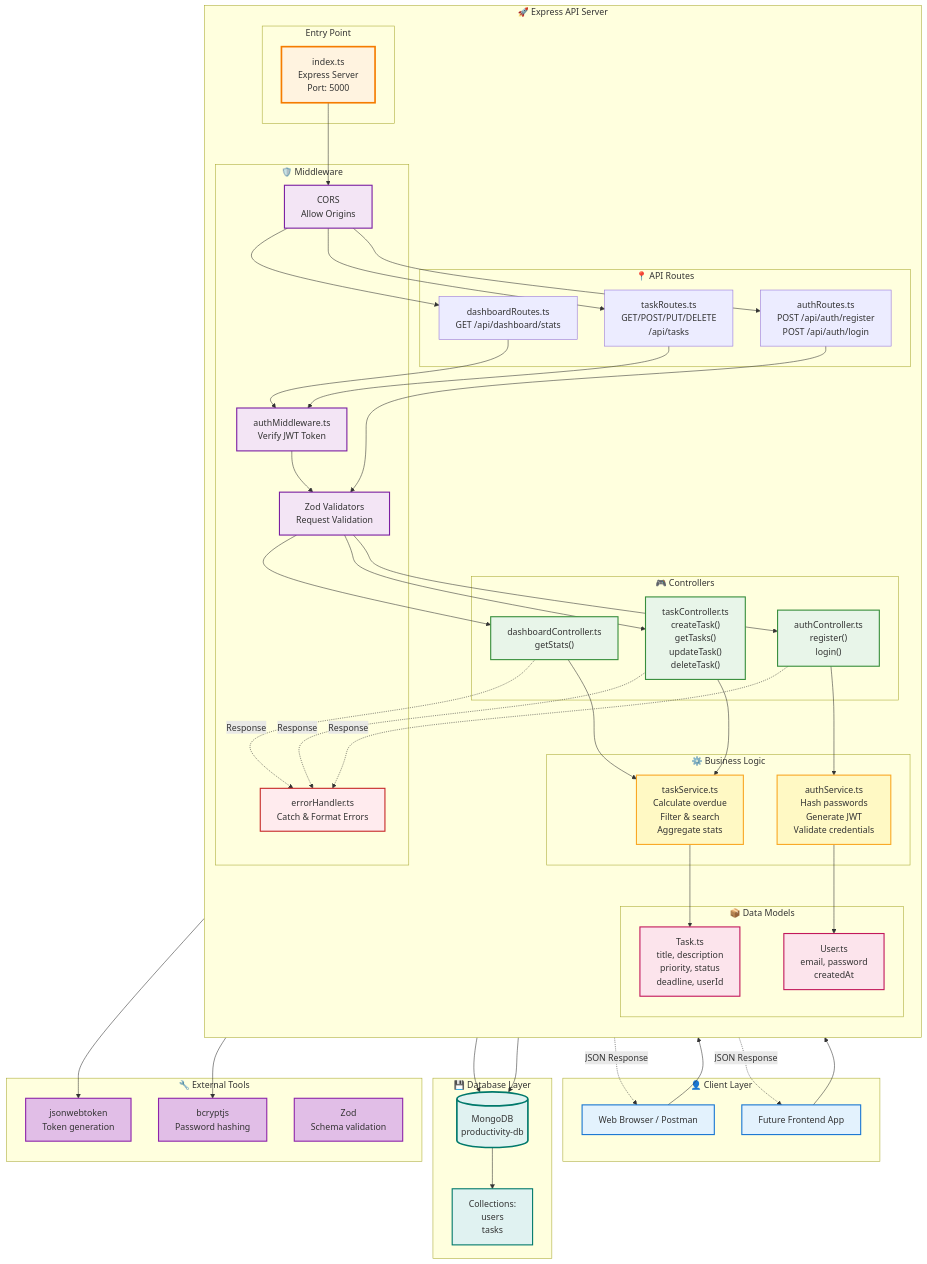
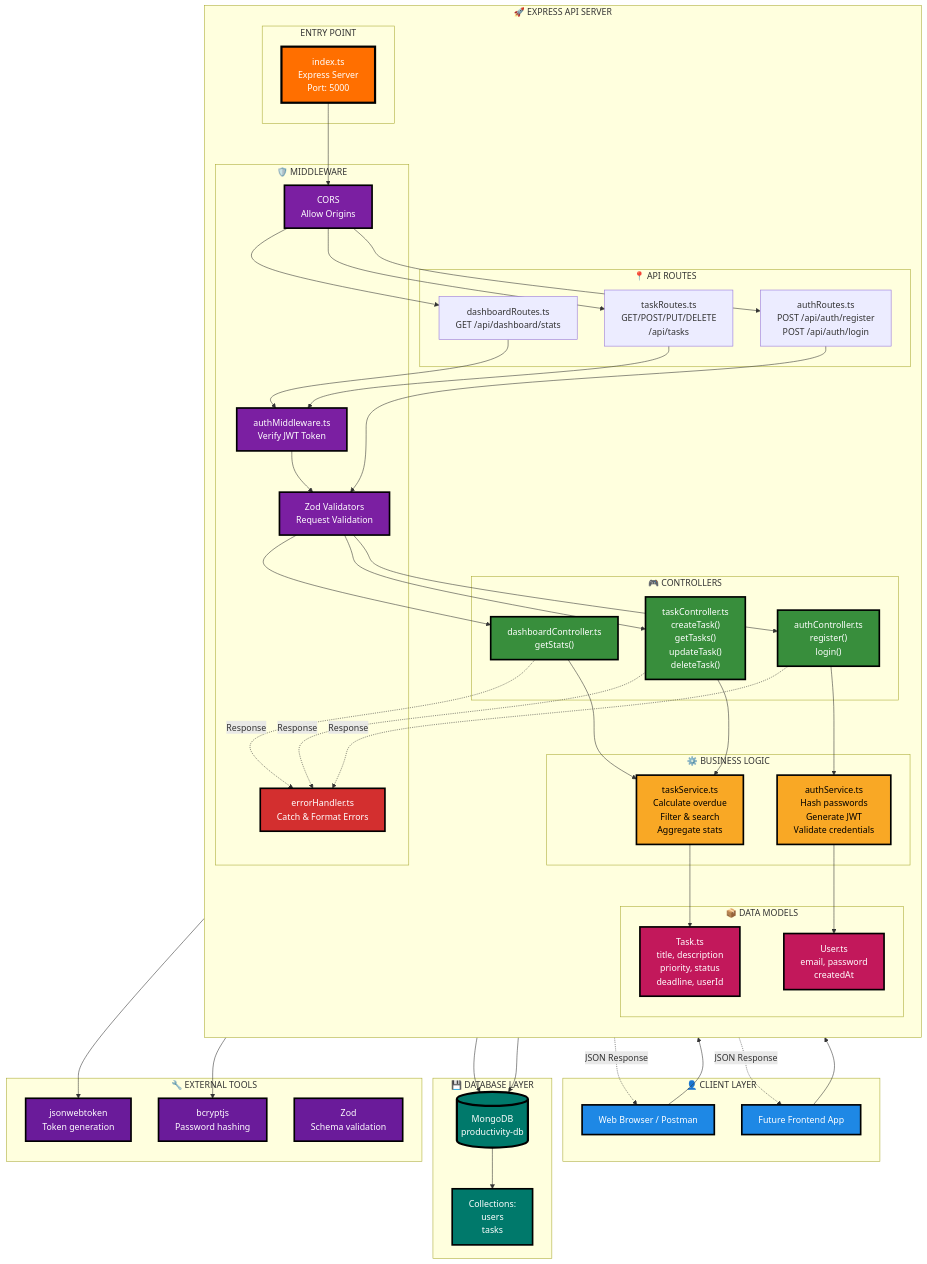
One commit to SajagIN/productivity-api changed the diagram in README.md. Above: the diagram before and after it, drawn with Mermaid.

Commit message:
pretiffy graph

````diff
--- a/README.md
+++ b/README.md
@@ -1,53 +1,53 @@
 ```mermaid
 graph TB
-    subgraph Client["👤 Client Layer"]
+    subgraph Client["👤 CLIENT LAYER"]
         Browser["Web Browser / Postman"]
         Frontend["Future Frontend App"]
     end
 
-    subgraph API["🚀 Express API Server"]
+    subgraph API["🚀 EXPRESS API SERVER"]
         direction TB
         
-        subgraph Entry["Entry Point"]
+        subgraph Entry["ENTRY POINT"]
             Server["index.ts<br/>Express Server<br/>Port: 5000"]
         end
         
-        subgraph Routing["📍 API Routes"]
+        subgraph Routing["📍 API ROUTES"]
             AuthRoutes["authRoutes.ts<br/>POST /api/auth/register<br/>POST /api/auth/login"]
             TaskRoutes["taskRoutes.ts<br/>GET/POST/PUT/DELETE<br/>/api/tasks"]
             DashboardRoutes["dashboardRoutes.ts<br/>GET /api/dashboard/stats"]
         end
         
-        subgraph MW["🛡️ Middleware"]
+        subgraph MW["🛡️ MIDDLEWARE"]
             CORS["CORS<br/>Allow Origins"]
             Auth["authMiddleware.ts<br/>Verify JWT Token"]
             Validator["Zod Validators<br/>Request Validation"]
             ErrorHandler["errorHandler.ts<br/>Catch & Format Errors"]
         end
         
-        subgraph Controllers["🎮 Controllers"]
+        subgraph Controllers["🎮 CONTROLLERS"]
             AuthCtrl["authController.ts<br/>register()<br/>login()"]
             TaskCtrl["taskController.ts<br/>createTask()<br/>getTasks()<br/>updateTask()<br/>deleteTask()"]
             DashCtrl["dashboardController.ts<br/>getStats()"]
         end
         
-        subgraph Services["⚙️ Business Logic"]
+        subgraph Services["⚙️ BUSINESS LOGIC"]
             AuthService["authService.ts<br/>Hash passwords<br/>Generate JWT<br/>Validate credentials"]
             TaskService["taskService.ts<br/>Calculate overdue<br/>Filter & search<br/>Aggregate stats"]
         end
         
-        subgraph Models["📦 Data Models"]
+        subgraph Models["📦 DATA MODELS"]
             UserModel["User.ts<br/>email, password<br/>createdAt"]
             TaskModel["Task.ts<br/>title, description<br/>priority, status<br/>deadline, userId"]
         end
     end
 
-    subgraph Database["💾 Database Layer"]
+    subgraph Database["💾 DATABASE LAYER"]
         MongoDB[(MongoDB<br/>productivity-db)]
         Collections["Collections:<br/>users<br/>tasks"]
     end
 
-    subgraph External["🔧 External Tools"]
+    subgraph External["🔧 EXTERNAL TOOLS"]
         JWT["jsonwebtoken<br/>Token generation"]
         Bcrypt["bcryptjs<br/>Password hashing"]
         Zod["Zod<br/>Schema validation"]
@@ -90,23 +90,23 @@
     ErrorHandler -.JSON Response.-> Browser
     ErrorHandler -.JSON Response.-> Frontend
 
-    style Browser fill:#e3f2fd,stroke:#1976d2,stroke-width:2px
-    style Frontend fill:#e3f2fd,stroke:#1976d2,stroke-width:2px
-    style Server fill:#fff3e0,stroke:#f57c00,stroke-width:3px
-    style CORS fill:#f3e5f5,stroke:#7b1fa2,stroke-width:2px
-    style Auth fill:#f3e5f5,stroke:#7b1fa2,stroke-width:2px
-    style Validator fill:#f3e5f5,stroke:#7b1fa2,stroke-width:2px
-    style ErrorHandler fill:#ffebee,stroke:#c62828,stroke-width:2px
-    style AuthCtrl fill:#e8f5e9,stroke:#388e3c,stroke-width:2px
-    style TaskCtrl fill:#e8f5e9,stroke:#388e3c,stroke-width:2px
-    style DashCtrl fill:#e8f5e9,stroke:#388e3c,stroke-width:2px
-    style AuthService fill:#fff9c4,stroke:#f9a825,stroke-width:2px
-    style TaskService fill:#fff9c4,stroke:#f9a825,stroke-width:2px
-    style UserModel fill:#fce4ec,stroke:#c2185b,stroke-width:2px
-    style TaskModel fill:#fce4ec,stroke:#c2185b,stroke-width:2px
-    style MongoDB fill:#e0f2f1,stroke:#00796b,stroke-width:3px
-    style Collections fill:#e0f2f1,stroke:#00796b,stroke-width:2px
-    style JWT fill:#e1bee7,stroke:#8e24aa,stroke-width:2px
-    style Bcrypt fill:#e1bee7,stroke:#8e24aa,stroke-width:2px
-    style Zod fill:#e1bee7,stroke:#8e24aa,stroke-width:2px
+    style Browser fill:#1e88e5,stroke:#000,stroke-width:3px,color:#fff
+    style Frontend fill:#1e88e5,stroke:#000,stroke-width:3px,color:#fff
+    style Server fill:#ff6f00,stroke:#000,stroke-width:4px,color:#fff
+    style CORS fill:#7b1fa2,stroke:#000,stroke-width:3px,color:#fff
+    style Auth fill:#7b1fa2,stroke:#000,stroke-width:3px,color:#fff
+    style Validator fill:#7b1fa2,stroke:#000,stroke-width:3px,color:#fff
+    style ErrorHandler fill:#d32f2f,stroke:#000,stroke-width:3px,color:#fff
+    style AuthCtrl fill:#388e3c,stroke:#000,stroke-width:3px,color:#fff
+    style TaskCtrl fill:#388e3c,stroke:#000,stroke-width:3px,color:#fff
+    style DashCtrl fill:#388e3c,stroke:#000,stroke-width:3px,color:#fff
+    style AuthService fill:#f9a825,stroke:#000,stroke-width:3px,color:#000
+    style TaskService fill:#f9a825,stroke:#000,stroke-width:3px,color:#000
+    style UserModel fill:#c2185b,stroke:#000,stroke-width:3px,color:#fff
+    style TaskModel fill:#c2185b,stroke:#000,stroke-width:3px,color:#fff
+    style MongoDB fill:#00796b,stroke:#000,stroke-width:4px,color:#fff
+    style Collections fill:#00796b,stroke:#000,stroke-width:3px,color:#fff
+    style JWT fill:#6a1b9a,stroke:#000,stroke-width:3px,color:#fff
+    style Bcrypt fill:#6a1b9a,stroke:#000,stroke-width:3px,color:#fff
+    style Zod fill:#6a1b9a,stroke:#000,stroke-width:3px,color:#fff
 ```
````
